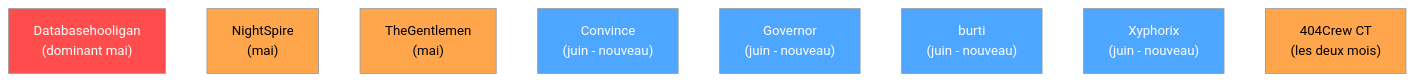
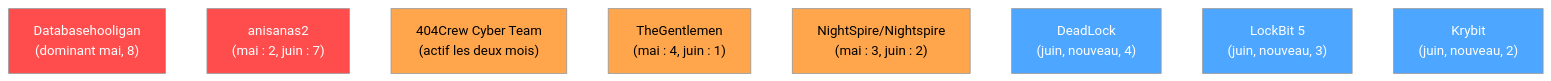
Before and after one commit to Hatchepsoute/AFRINTEL: the fifth of 5 diagrams in comparison/2026/05-may-june/README_FR.md, drawn with Mermaid (neutral theme). The commit also changed other lines of this file and 18 other files, not shown here.

````diff
--- a/comparison/2026/05-may-june/README_FR.md
+++ b/comparison/2026/05-may-june/README_FR.md
@@ -146,16 +172,16 @@
 ```mermaid
 flowchart TB
 
 classDef high fill:#ff4d4d,color:#ffffff
 classDef medium fill:#ffa64d,color:#000000
 classDef new fill:#4da6ff,color:#ffffff
 
-DBH["Databasehooligan\n(dominant mai)"]:::high
-NIGHT["NightSpire\n(mai)"]:::medium
-GENT["TheGentlemen\n(mai)"]:::medium
-CONV["Convince\n(juin - nouveau)"]:::new
-GOV["Governor\n(juin - nouveau)"]:::new
-BURT["burti\n(juin - nouveau)"]:::new
-XYP["Xyphorix\n(juin - nouveau)"]:::new
-CREW["404Crew CT\n(les deux mois)"]:::medium
+DBH["Databasehooligan\n(dominant mai, 8)"]:::high
+ANI["anisanas2\n(mai : 2, juin : 7)"]:::high
+CREW["404Crew Cyber Team\n(actif les deux mois)"]:::medium
+GENT["TheGentlemen\n(mai : 4, juin : 1)"]:::medium
+NIGHT["NightSpire/Nightspire\n(mai : 3, juin : 2)"]:::medium
+DEAD["DeadLock\n(juin, nouveau, 4)"]:::new
+LOCK["LockBit 5\n(juin, nouveau, 3)"]:::new
+KRY["Krybit\n(juin, nouveau, 2)"]:::new
 ```
````
